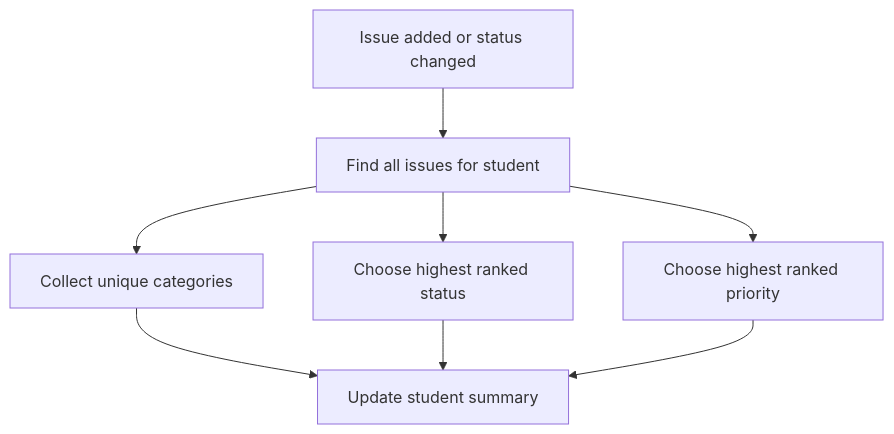
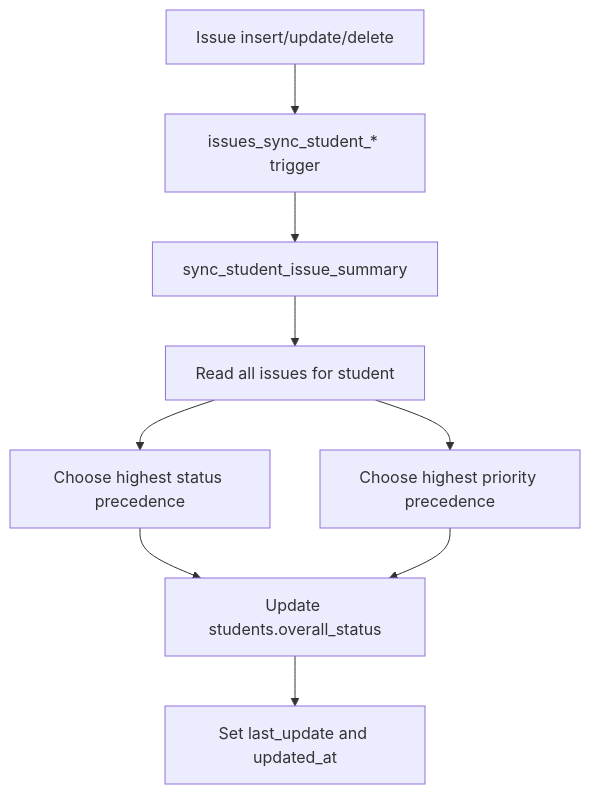
Before and after one commit to muhammadjamshed7/Assignmentwork: diagram 15 of 16 in SYSTEM_FLOW.md, drawn with Mermaid. The commit also changed other lines of this file and 56 other files, not shown here.

````diff
--- a/SYSTEM_FLOW.md
+++ b/SYSTEM_FLOW.md
@@ -355,10 +520,11 @@
 ```mermaid
 flowchart TD
-  IssueChange[Issue added or status changed] --> GetStudentIssues[Find all issues for student]
-  GetStudentIssues --> Categories[Collect unique categories]
-  GetStudentIssues --> HighestStatus[Choose highest ranked status]
-  GetStudentIssues --> HighestPriority[Choose highest ranked priority]
-  Categories --> UpdateStudent[Update student summary]
-  HighestStatus --> UpdateStudent
+  IssueMutation[Issue insert/update/delete] --> Trigger[issues_sync_student_* trigger]
+  Trigger --> SummaryFn[sync_student_issue_summary]
+  SummaryFn --> StudentIssues[Read all issues for student]
+  StudentIssues --> HighestStatus[Choose highest status precedence]
+  StudentIssues --> HighestPriority[Choose highest priority precedence]
+  HighestStatus --> UpdateStudent[Update students.overall_status]
   HighestPriority --> UpdateStudent
+  UpdateStudent --> LastUpdate[Set last_update and updated_at]
 ```
````
